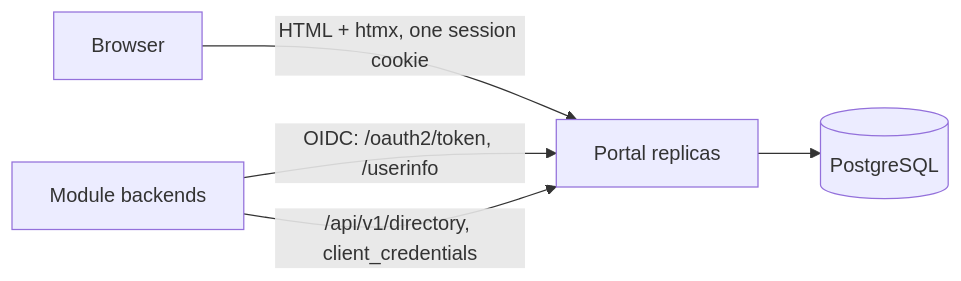
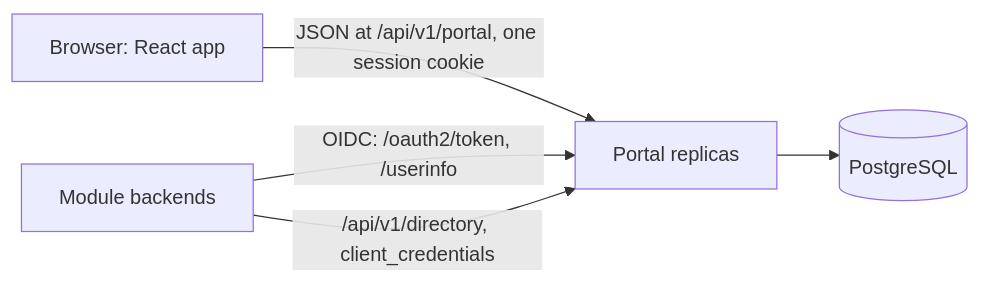
Before and after one commit to Alex-Tsvetanov/unicloud-portal: the diagram in README.md, drawn with Mermaid. The commit also changed other lines of this file and 92 other files, not shown here.

First line of the commit message:
feat: React UI over a JSON API, and @unicloud/ui for other teams

````diff
--- a/README.md
+++ b/README.md
@@ -26,7 +26,7 @@
 ```mermaid
 flowchart LR
-    B[Browser] -->|HTML + htmx, one session cookie| P[Portal replicas]
+    B[Browser: React app] -->|JSON at /api/v1/portal, one session cookie| P[Portal replicas]
     M[Module backends] -->|OIDC: /oauth2/token, /userinfo| P
     M -->|/api/v1/directory, client_credentials| P
     P --> DB[(PostgreSQL)]
 ```
````
